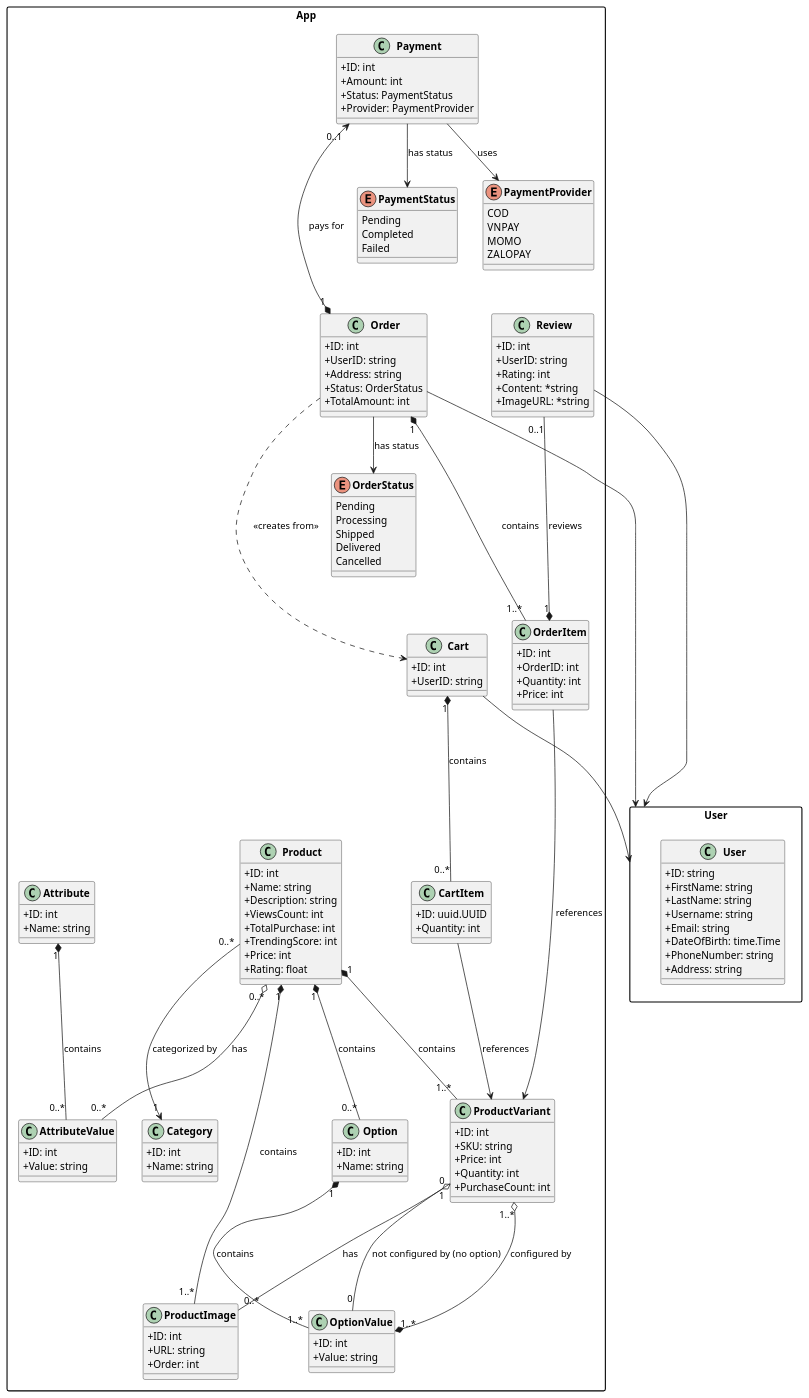
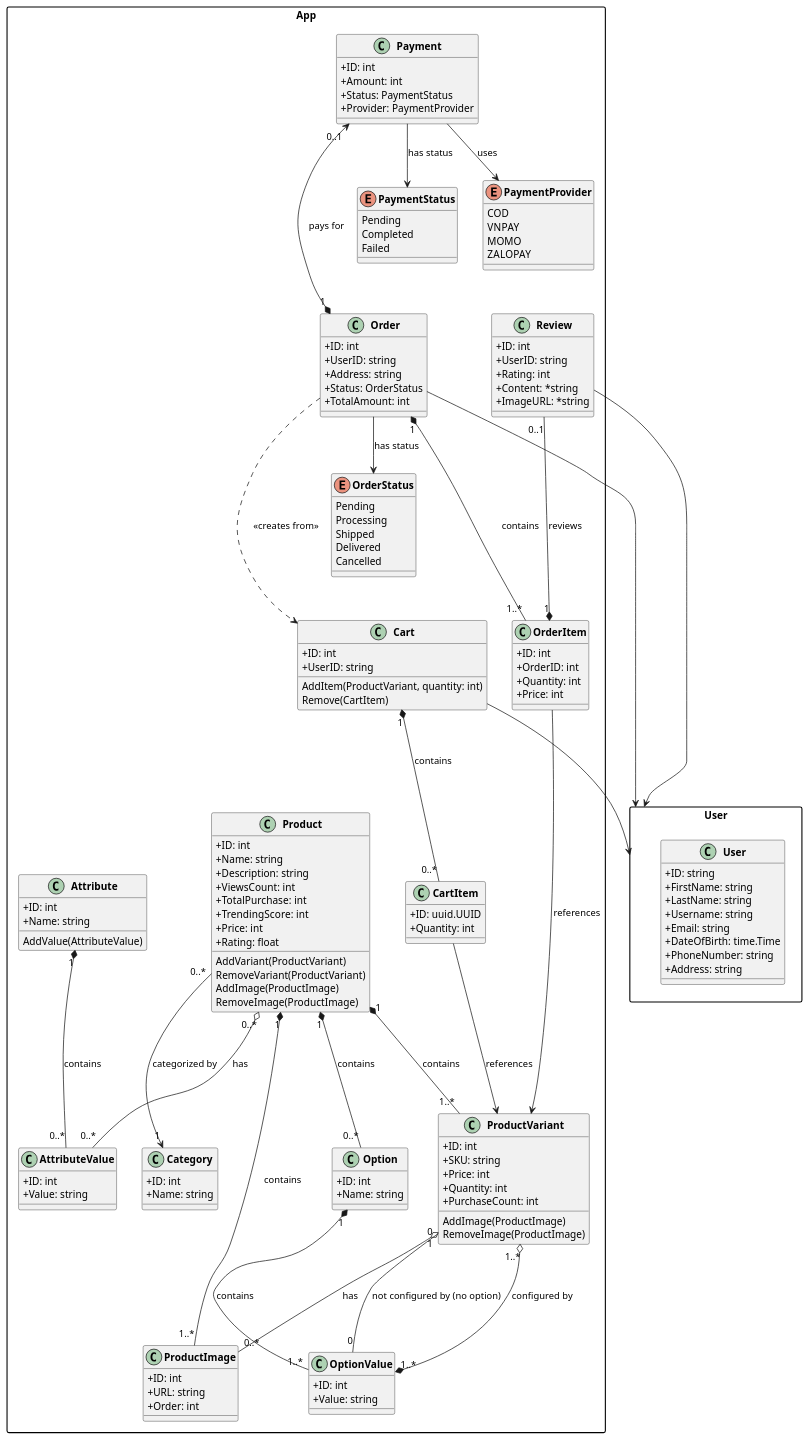
One commit to electricilies/electricilies.github.io changed the diagram in docs/software-docs/class/index.md. Above: the diagram before and after it, drawn with PlantUML.

Commit message:
chore(class): add method

```diff
--- a/docs/software-docs/class/index.md
+++ b/docs/software-docs/class/index.md
@@ -40,6 +40,10 @@
         +TrendingScore: int
         +Price: int
         +Rating: float
+        AddVariant(ProductVariant)
+        RemoveVariant(ProductVariant)
+        AddImage(ProductImage)
+        RemoveImage(ProductImage)
     }
 
     class Option {
@@ -58,6 +62,8 @@
         +Price: int
         +Quantity: int
         +PurchaseCount: int
+        AddImage(ProductImage)
+        RemoveImage(ProductImage)
     }
 
     class ProductImage {
@@ -69,6 +75,7 @@
     class Attribute {
         +ID: int
         +Name: string
+        AddValue(AttributeValue)
     }
 
     class AttributeValue {
@@ -80,6 +87,8 @@
     class Cart {
         +ID: int
         +UserID: string
+        AddItem(ProductVariant, quantity: int)
+        Remove(CartItem)
     }
 
     class CartItem {
```
